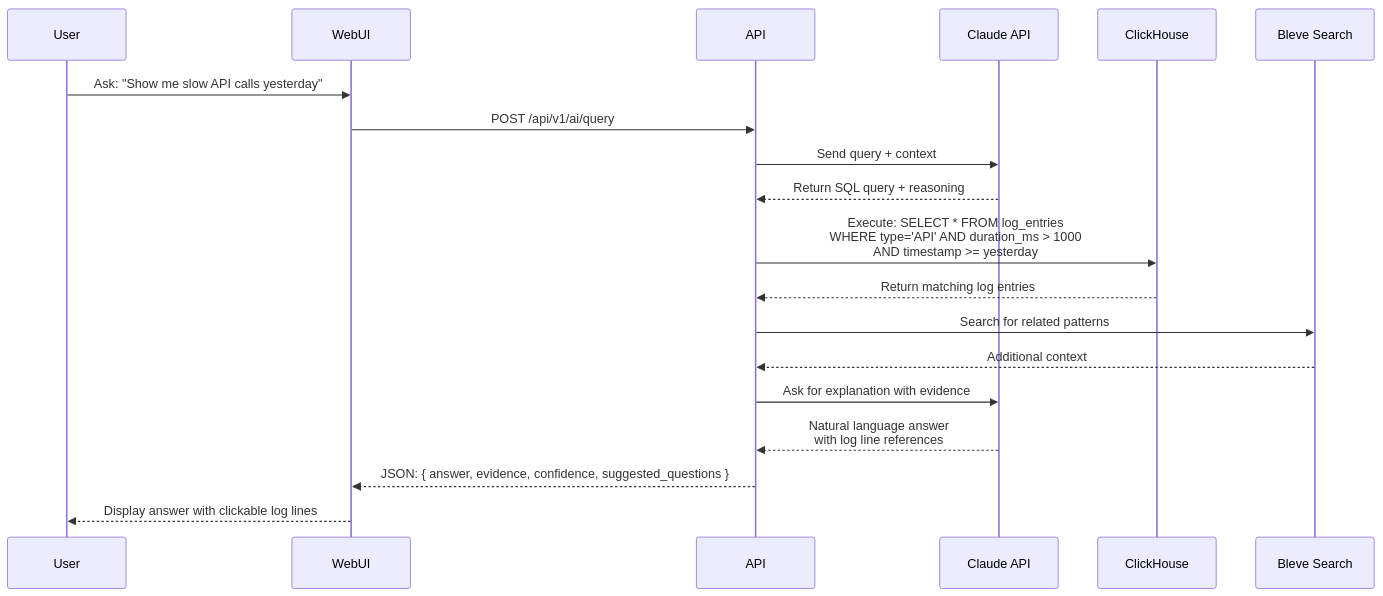
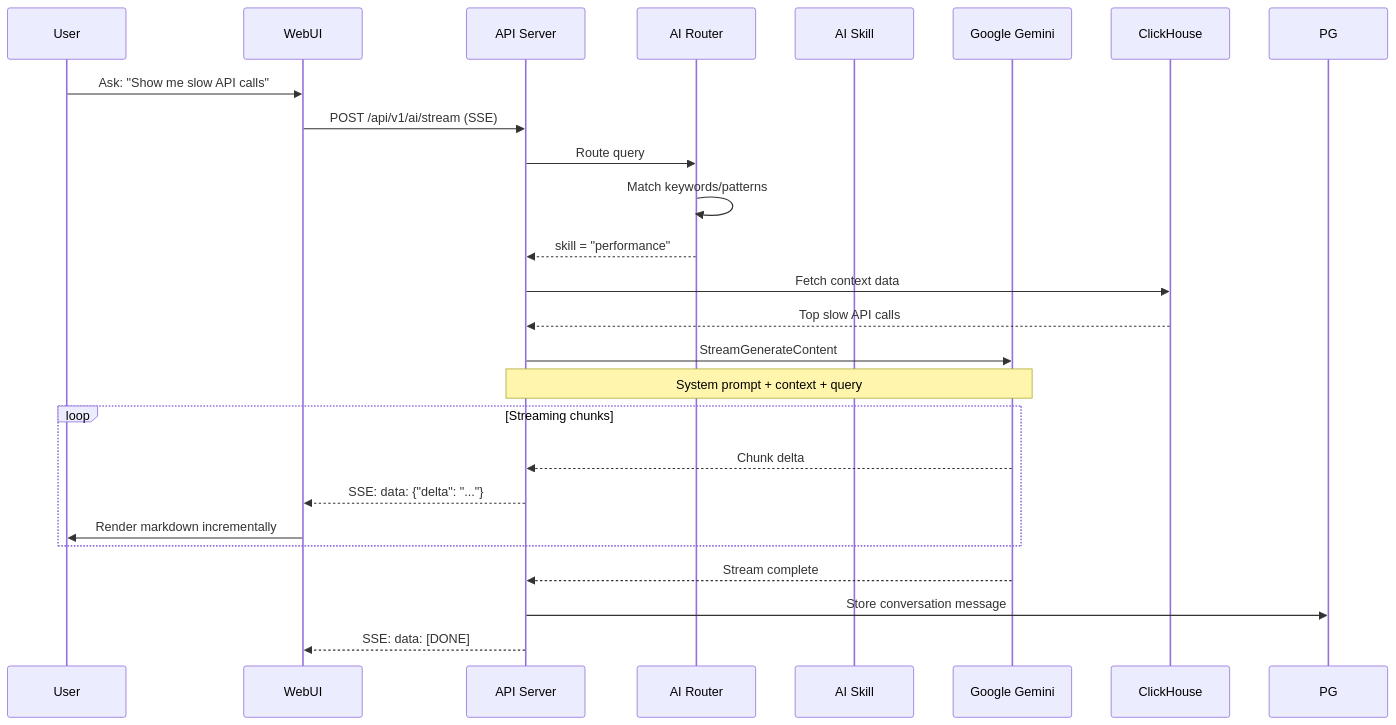
The fourth of 8 diagrams in docs/diagrams/architecture.md (OmarEhab007/RemedyIQ), drawn with Mermaid before and after one commit. The commit also changed other lines of this file and 125 other files, not shown here.

First line of the commit message:
feat: EKS containerization with Helm charts, CI/CD pipelines, and snappy fix (#12)

````diff
--- a/docs/diagrams/architecture.md
+++ b/docs/diagrams/architecture.md
@@ -192,28 +171,33 @@
 ```mermaid
 sequenceDiagram
     participant User
     participant WebUI
-    participant API
-    participant AI as Claude API
+    participant API as API Server
+    participant Router as AI Router
+    participant Skill as AI Skill
+    participant Gemini as Google Gemini
     participant CH as ClickHouse
-    participant BLEVE as Bleve Search
     
-    User->>WebUI: Ask: "Show me slow API calls yesterday"
-    WebUI->>API: POST /api/v1/ai/query
+    User->>WebUI: Ask: "Show me slow API calls"
+    WebUI->>API: POST /api/v1/ai/stream (SSE)
     
-    API->>AI: Send query + context
-    AI-->>API: Return SQL query + reasoning
+    API->>Router: Route query
+    Router->>Router: Match keywords/patterns
+    Router-->>API: skill = "performance"
     
-    API->>CH: Execute: SELECT * FROM log_entries<br/>WHERE type='API' AND duration_ms > 1000<br/>AND timestamp >= yesterday
+    API->>CH: Fetch context data
+    CH-->>API: Top slow API calls
     
-    CH-->>API: Return matching log entries
+    API->>Gemini: StreamGenerateContent
+    Note over API,Gemini: System prompt + context + query
     
-    API->>BLEVE: Search for related patterns
-    BLEVE-->>API: Additional context
+    loop Streaming chunks
+        Gemini-->>API: Chunk delta
+        API-->>WebUI: SSE: data: {"delta": "..."}
+        WebUI->>User: Render markdown incrementally
+    end
     
-    API->>AI: Ask for explanation with evidence
-    AI-->>API: Natural language answer<br/>with log line references
-    
-    API-->>WebUI: JSON: { answer, evidence, confidence, suggested_questions }
-    WebUI-->>User: Display answer with clickable log lines
+    Gemini-->>API: Stream complete
+    API->>PG: Store conversation message
+    API-->>WebUI: SSE: data: [DONE]
 ```
````
